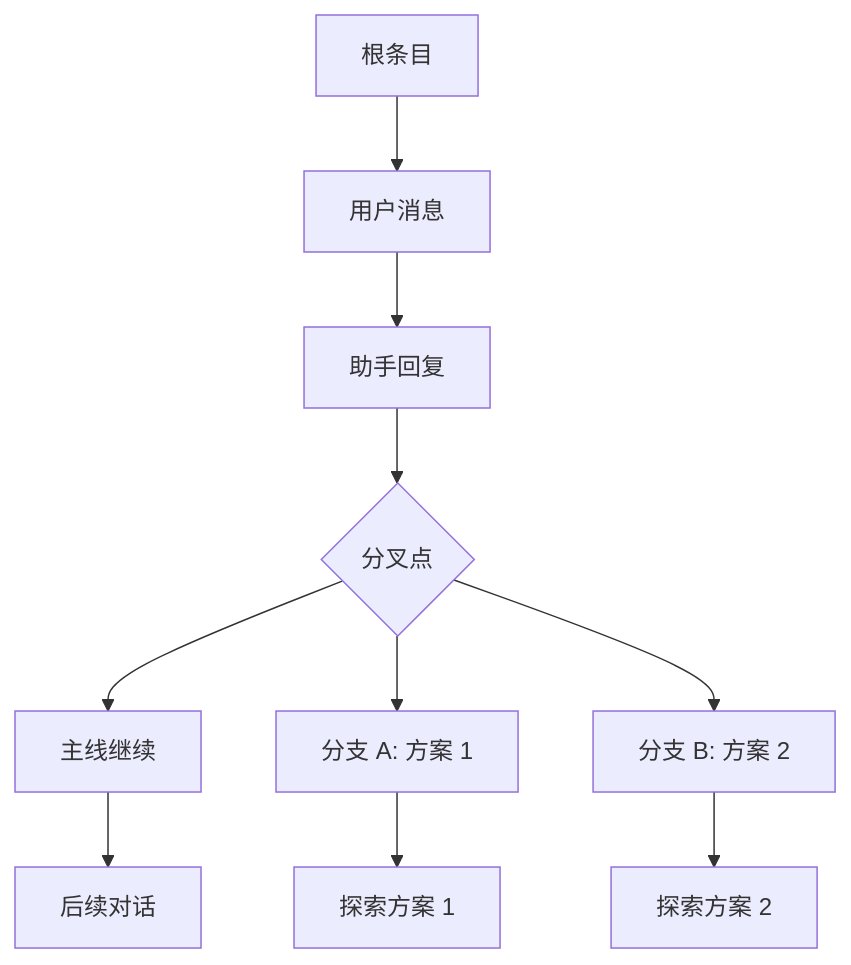
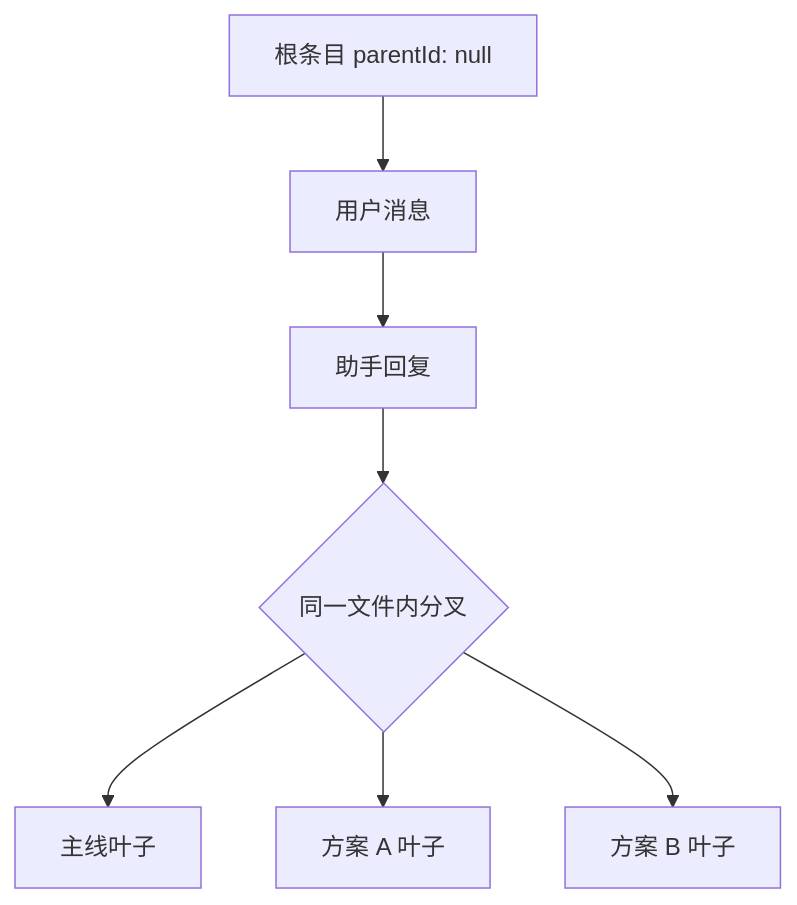
One commit to Chasen-Liao/pi-agent-desktop changed the first of 2 diagrams in .zread/wiki/versions/2026-10-06-001245/14-san-chong-fen-zhi-ji-zhi-fork-hui-hua-nei-fen-zhi-git-worktree-clone.md. Above: the diagram before and after it, drawn with Mermaid. The commit also changed other lines of this file and 29 other files, not shown here.

First line of the commit message:
docs(wiki): align zread wiki with main architecture

````diff
--- a/.zread/wiki/versions/2026-10-06-001245/14-san-chong-fen-zhi-ji-zhi-fork-hui-hua-nei-fen-zhi-git-worktree-clone.md
+++ b/.zread/wiki/versions/2026-10-06-001245/14-san-chong-fen-zhi-ji-zhi-fork-hui-hua-nei-fen-zhi-git-worktree-clone.md
@@ -81,12 +88,9 @@
 ```mermaid
 graph TD
-    Root[根条目] --> Msg1[用户消息]
+    Root[根条目 parentId: null] --> Msg1[用户消息]
     Msg1 --> Msg2[助手回复]
-    Msg2 --> BranchPoint{分叉点}
-    BranchPoint --> Main[主线继续]
-    BranchPoint --> Branch1[分支 A: 方案 1]
-    BranchPoint --> Branch2[分支 B: 方案 2]
-    Main --> Msg3[后续对话]
-    Branch1 --> B1Msg1[探索方案 1]
-    Branch2 --> B2Msg1[探索方案 2]
+    Msg2 --> BranchPoint{同一文件内分叉}
+    BranchPoint --> Main[主线叶子]
+    BranchPoint --> Branch1[方案 A 叶子]
+    BranchPoint --> Branch2[方案 B 叶子]
 ```
````
